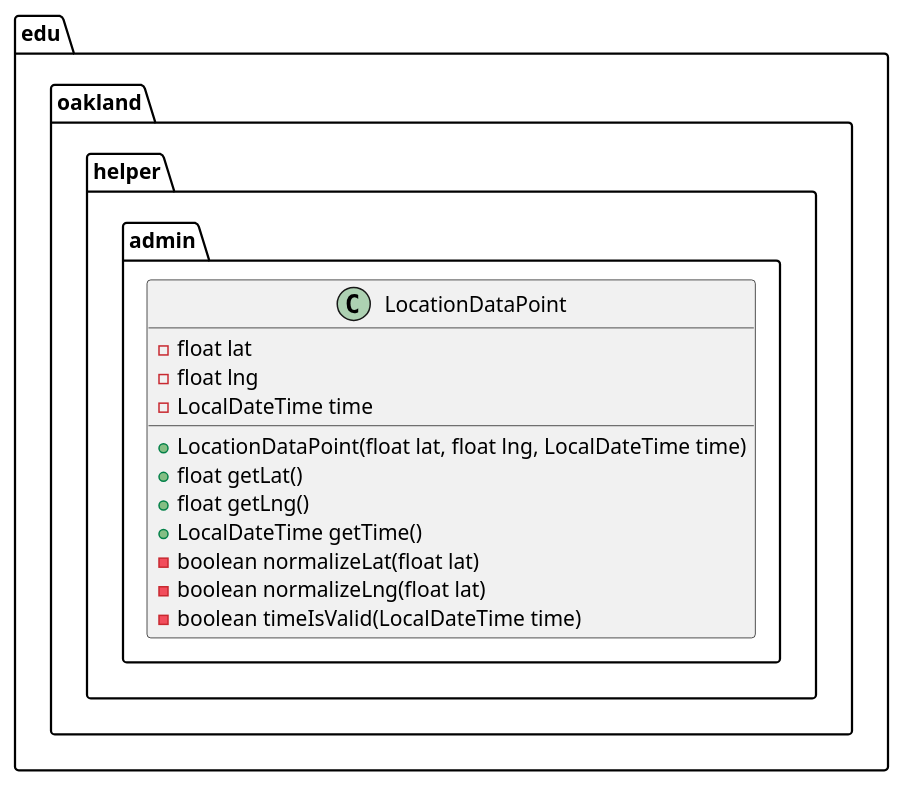
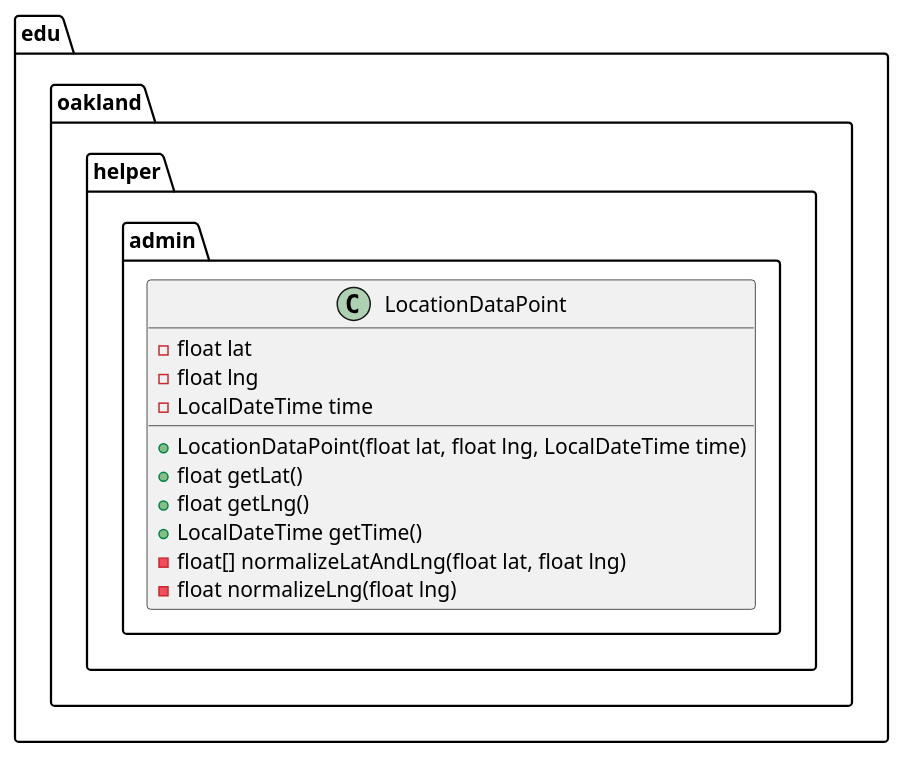
Before and after one commit to elilley15/csi-3370-software-project: the diagram in docs/uml-class-diagrams/admin/helper/LocationDataPoint/LocationDataPoint.puml, drawn with PlantUML. The commit also changed 52 other files, not shown here.

```diff
--- a/docs/uml-class-diagrams/admin/helper/LocationDataPoint/LocationDataPoint.puml
+++ b/docs/uml-class-diagrams/admin/helper/LocationDataPoint/LocationDataPoint.puml
@@ -1,18 +1,17 @@
 @startuml LocationDataPoint
 
 package edu.oakland.helper.admin {
     class LocationDataPoint {
         - float lat
         - float lng
         - LocalDateTime time
         + LocationDataPoint(float lat, float lng, LocalDateTime time)
         + float getLat()
         + float getLng()
         + LocalDateTime getTime()
-        - boolean normalizeLat(float lat)
-        - boolean normalizeLng(float lat)
-        - boolean timeIsValid(LocalDateTime time)
+        - float[] normalizeLatAndLng(float lat, float lng)
+        - float normalizeLng(float lng)
     }
 }
 
 @enduml
```
